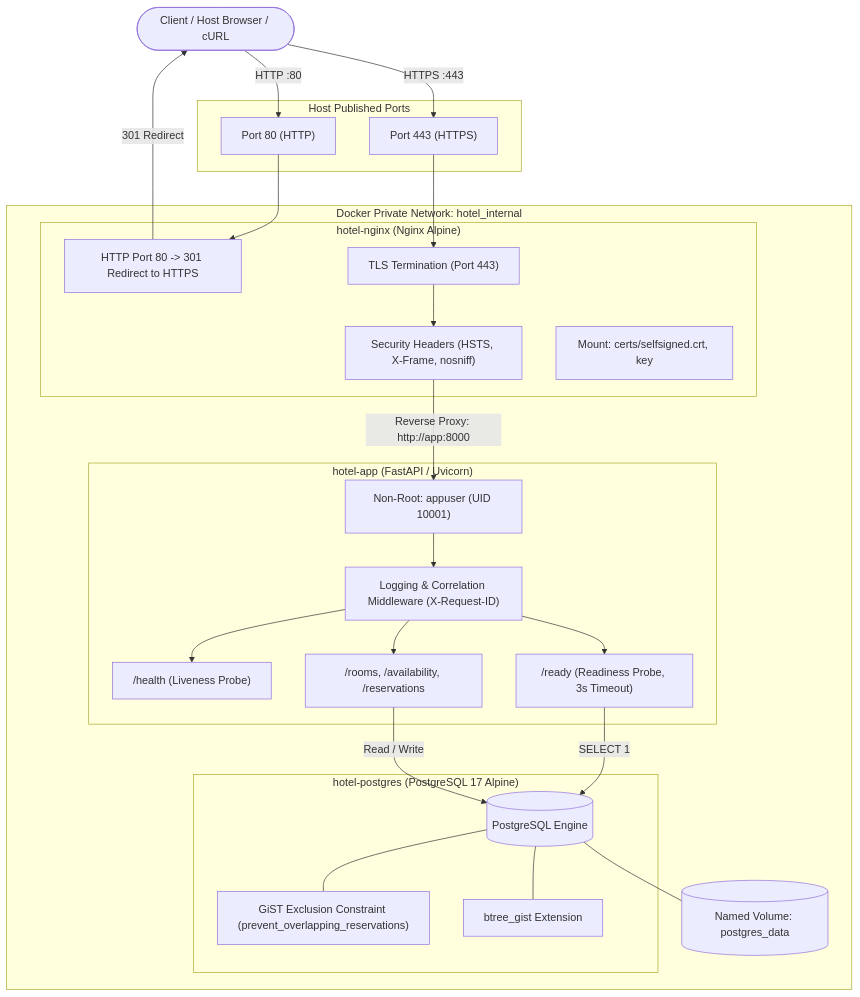
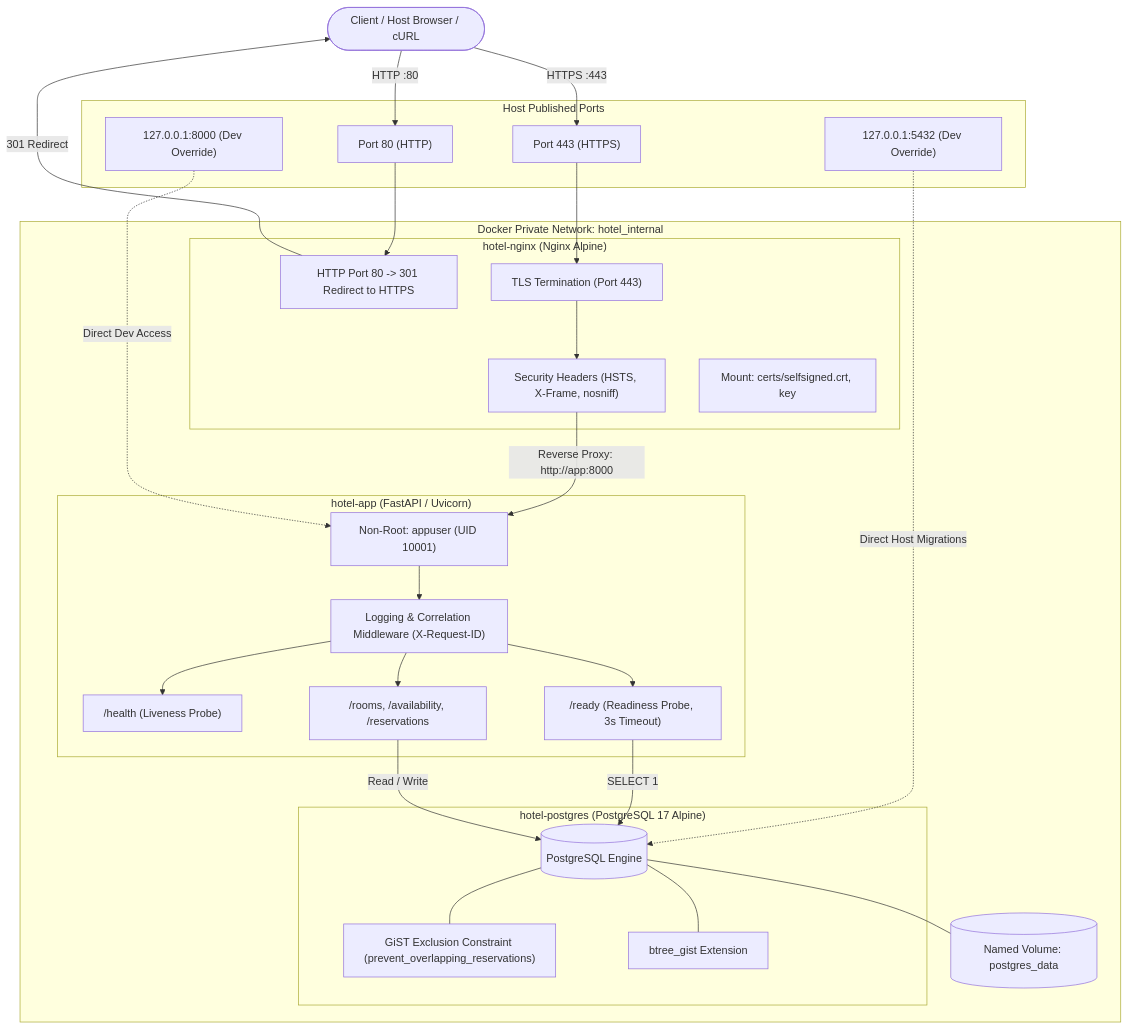
One commit to drax102/Devops_Hotel_assignment changed the first of 2 diagrams in README.md. Above: the diagram before and after it, drawn with Mermaid. The commit also changed other lines of this file and 5 other files, not shown here.

````diff
--- a/README.md
+++ b/README.md
@@ -15,51 +15,55 @@
 ```mermaid
 flowchart TD
     Client(["Client / Host Browser / cURL"])
 
     subgraph HostPorts ["Host Published Ports"]
         P80["Port 80 (HTTP)"]
         P443["Port 443 (HTTPS)"]
+        P8000["127.0.0.1:8000 (Dev Override)"]
+        P5432["127.0.0.1:5432 (Dev Override)"]
     end
 
     subgraph DockerBridge ["Docker Private Network: hotel_internal"]
         subgraph NginxProxy ["hotel-nginx (Nginx Alpine)"]
             Redirect["HTTP Port 80 -> 301 Redirect to HTTPS"]
             TLS["TLS Termination (Port 443)"]
             SecHeaders["Security Headers (HSTS, X-Frame, nosniff)"]
             CertMount["Mount: certs/selfsigned.crt, key"]
         end
 
         subgraph AppContainer ["hotel-app (FastAPI / Uvicorn)"]
             AppUser["Non-Root: appuser (UID 10001)"]
             Middle["Logging & Correlation Middleware (X-Request-ID)"]
             Liveness["/health (Liveness Probe)"]
             Readiness["/ready (Readiness Probe, 3s Timeout)"]
             Routes["/rooms, /availability, /reservations"]
         end
 
         subgraph DBContainer ["hotel-postgres (PostgreSQL 17 Alpine)"]
             PGCore[("PostgreSQL Engine")]
             Constraint["GiST Exclusion Constraint (prevent_overlapping_reservations)"]
             Extension["btree_gist Extension"]
         end
 
         Vol[("Named Volume: postgres_data")]
     end
 
     Client -->|HTTP :80| P80
     Client -->|HTTPS :443| P443
     P80 --> Redirect
     Redirect -->|301 Redirect| Client
     P443 --> TLS
     TLS --> SecHeaders
     SecHeaders -->|Reverse Proxy: http://app:8000| AppUser
+    P8000 -.->|Direct Dev Access| AppUser
+    P5432 -.->|Direct Host Migrations| PGCore
     AppUser --> Middle
     Middle --> Routes
     Middle --> Liveness
     Middle --> Readiness
     Readiness -->|SELECT 1| PGCore
     Routes -->|Read / Write| PGCore
     PGCore --- Constraint
     PGCore --- Extension
     PGCore --- Vol
 ```
````
